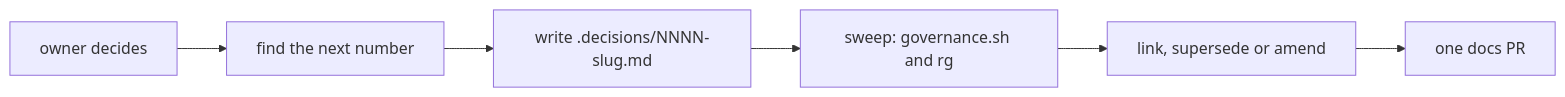
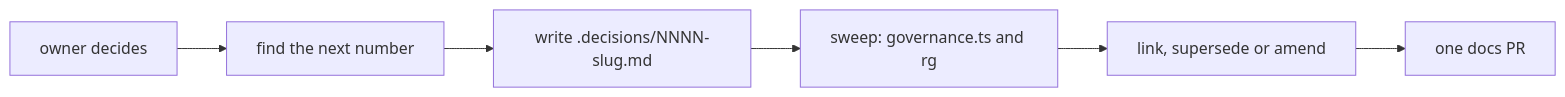
Before and after one commit to kamp-us/tea-fabrika: the diagram in .agents/skills/adr/SKILL.md, drawn with Mermaid. The commit also changed other lines of this file and 3 other files, not shown here.

````diff
--- a/.agents/skills/adr/SKILL.md
+++ b/.agents/skills/adr/SKILL.md
@@ -16,8 +16,8 @@
 ```mermaid
 flowchart LR
   decides["owner decides"] --> number["find the next number"]
   number --> write["write .decisions/NNNN-slug.md"]
-  write --> sweep["sweep: governance.sh and rg"]
+  write --> sweep["sweep: governance.ts and rg"]
   sweep --> relate["link, supersede or amend"]
   relate --> pr["one docs PR"]
 ```
````
